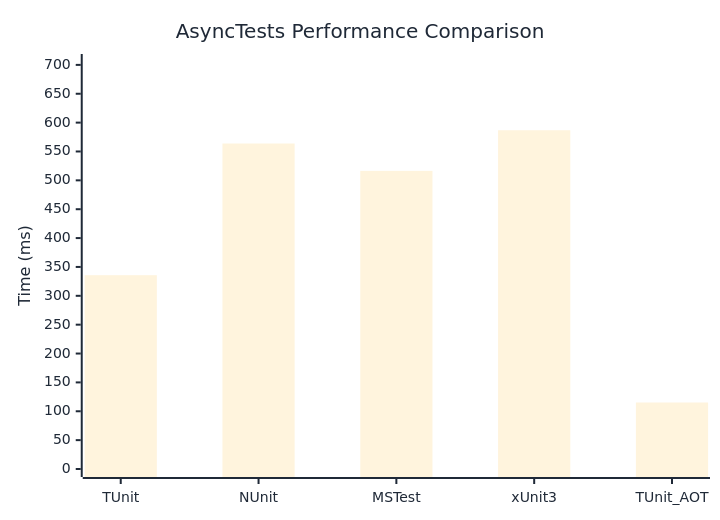
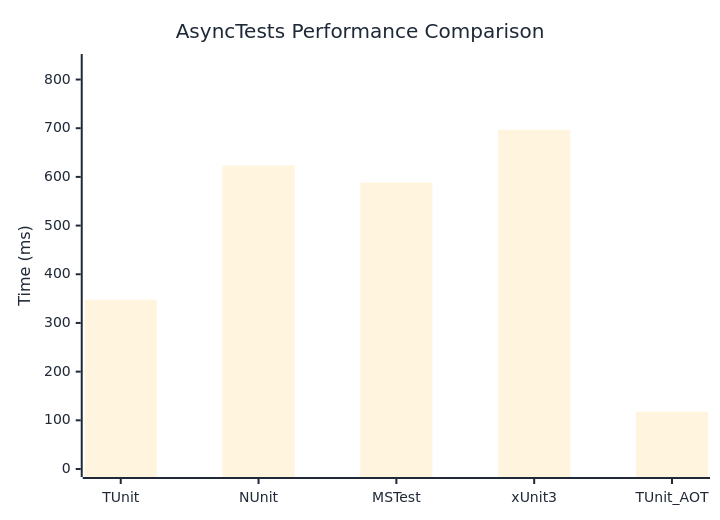
Before and after one commit to thomhurst/TUnit: the diagram in docs/docs/benchmarks/AsyncTests.md, drawn with Mermaid. The commit also changed other lines of this file and 17 other files, not shown here.

````diff
--- a/docs/docs/benchmarks/AsyncTests.md
+++ b/docs/docs/benchmarks/AsyncTests.md
@@ -27,37 +27,37 @@
 ```mermaid
 %%{init: {
   'theme':'base',
   'themeVariables': {
     'primaryColor': '#2563eb',
     'primaryTextColor': '#1f2937',
     'primaryBorderColor': '#1e40af',
     'lineColor': '#6b7280',
     'secondaryColor': '#7c3aed',
     'tertiaryColor': '#dc2626',
     'background': '#ffffff',
     'mainBkg': '#2563eb',
     'secondBkg': '#7c3aed',
     'tertiaryBkg': '#dc2626',
     'clusterBkg': '#f3f4f6',
     'edgeLabelBackground': '#ffffff',
     'tertiaryTextColor': '#1f2937',
     'pie1': '#2563eb',
     'pie2': '#7c3aed',
     'pie3': '#dc2626',
     'pie4': '#f59e0b',
     'pie5': '#10b981',
     'pie6': '#06b6d4',
     'pie7': '#ec4899',
     'pie8': '#6366f1',
     'pie9': '#84cc16',
     'pie10': '#f97316',
     'pie11': '#14b8a6',
     'pie12': '#a855f7'
   }
 }}%%
 xychart-beta
   title "AsyncTests Performance Comparison"
   x-axis ["TUnit", "NUnit", "MSTest", "xUnit3", "TUnit_AOT"]
-  y-axis "Time (ms)" 0 --> 705
-  bar [335.7, 563.8, 516.4, 586.8, 115.2]
+  y-axis "Time (ms)" 0 --> 836
+  bar [347.7, 623.8, 588.5, 696.6, 117.9]
 ```
````
